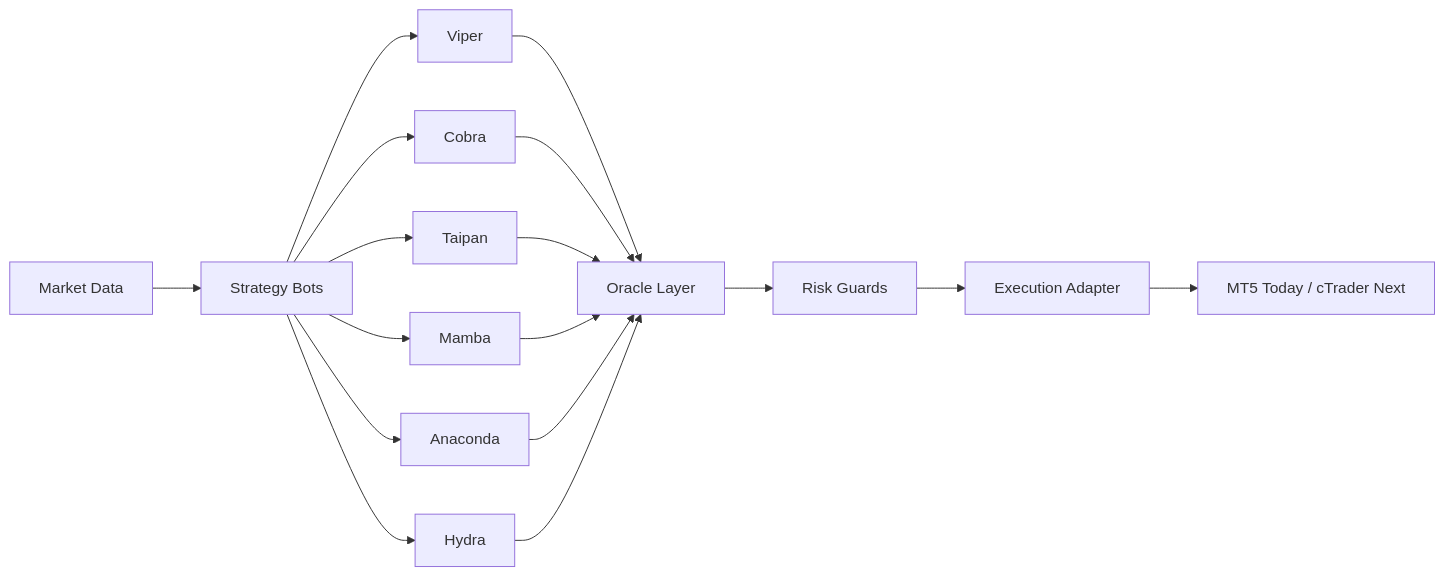
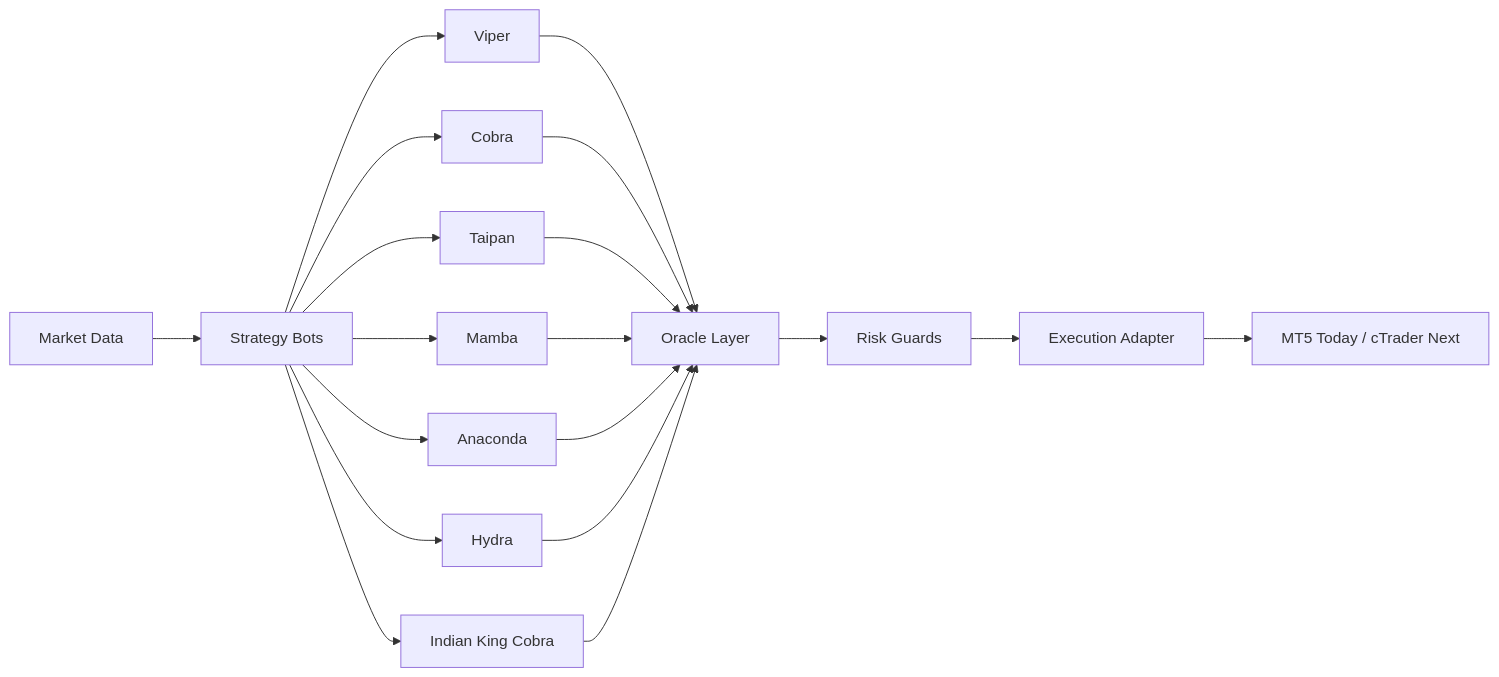
One commit to glitch-exec-labs/glitch-trading-core changed the diagram in README.md. Above: the diagram before and after it, drawn with Mermaid. The commit also changed other lines of this file and 6 other files, not shown here.

Commit message:
Add Indian King Cobra momentum scalper

````diff
--- a/README.md
+++ b/README.md
@@ -32,19 +32,21 @@
 ```mermaid
 flowchart LR
     A["Market Data"] --> B["Strategy Bots"]
     B --> B1["Viper"]
     B --> B2["Cobra"]
     B --> B3["Taipan"]
     B --> B4["Mamba"]
     B --> B5["Anaconda"]
     B --> B6["Hydra"]
+    B --> B7["Indian King Cobra"]
     B1 --> C["Oracle Layer"]
     B2 --> C
     B3 --> C
     B4 --> C
     B5 --> C
     B6 --> C
+    B7 --> C
     C --> D["Risk Guards"]
     D --> E["Execution Adapter"]
     E --> F["MT5 Today / cTrader Next"]
 ```
````
